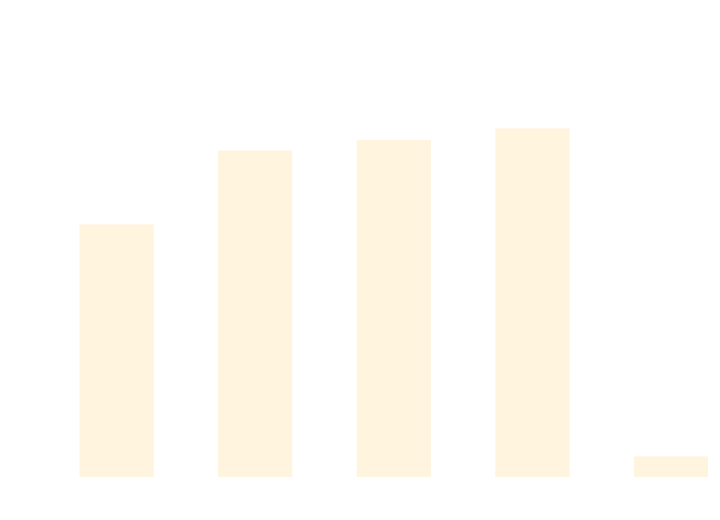
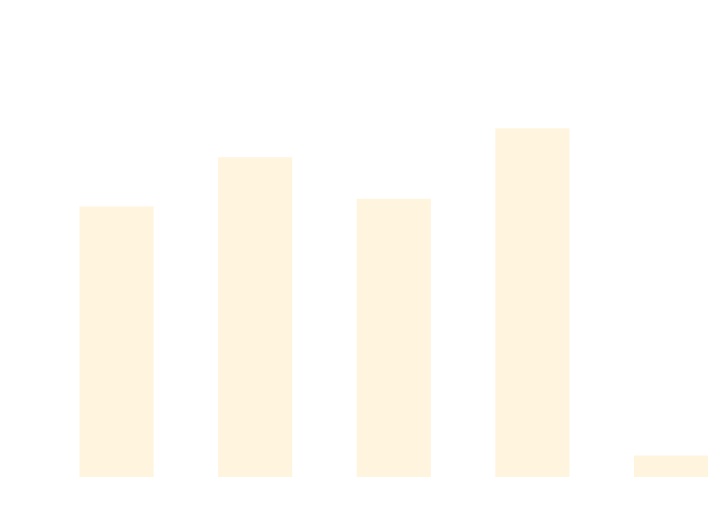
The diagram in docs/docs/benchmarks/DataDrivenTests.md (thomhurst/TUnit), drawn with Mermaid before and after one commit. The commit also changed other lines of this file and 17 other files, not shown here.

````diff
--- a/docs/docs/benchmarks/DataDrivenTests.md
+++ b/docs/docs/benchmarks/DataDrivenTests.md
@@ -27,37 +27,37 @@
 ```mermaid
 %%{init: {
   'theme':'base',
   'themeVariables': {
     'primaryColor': '#2563eb',
     'primaryTextColor': '#ffffff',
     'primaryBorderColor': '#1e40af',
     'lineColor': '#6b7280',
     'secondaryColor': '#7c3aed',
     'tertiaryColor': '#dc2626',
     'background': '#ffffff',
     'mainBkg': '#2563eb',
     'secondBkg': '#7c3aed',
     'tertiaryBkg': '#dc2626',
     'clusterBkg': '#f3f4f6',
     'edgeLabelBackground': '#ffffff',
     'tertiaryTextColor': '#1f2937',
     'pie1': '#2563eb',
     'pie2': '#7c3aed',
     'pie3': '#dc2626',
     'pie4': '#f59e0b',
     'pie5': '#10b981',
     'pie6': '#06b6d4',
     'pie7': '#ec4899',
     'pie8': '#6366f1',
     'pie9': '#84cc16',
     'pie10': '#f97316',
     'pie11': '#14b8a6',
     'pie12': '#a855f7'
   }
 }}%%
 xychart-beta
   title "DataDrivenTests Performance Comparison"
   x-axis ["TUnit", "NUnit", "MSTest", "xUnit3", "TUnit_AOT"]
-  y-axis "Time (ms)" 0 --> 727
-  bar [434.82, 566.27, 585.03, 605.41, 22.33]
+  y-axis "Time (ms)" 0 --> 688
+  bar [441.72, 524.53, 454.56, 573.1, 22.67]
 ```
````
